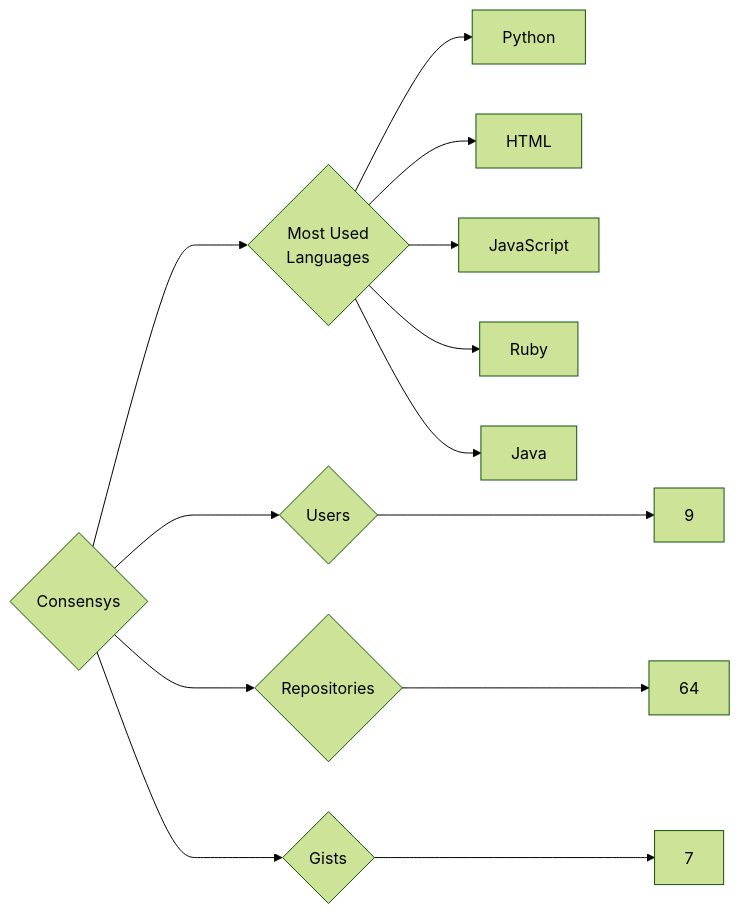
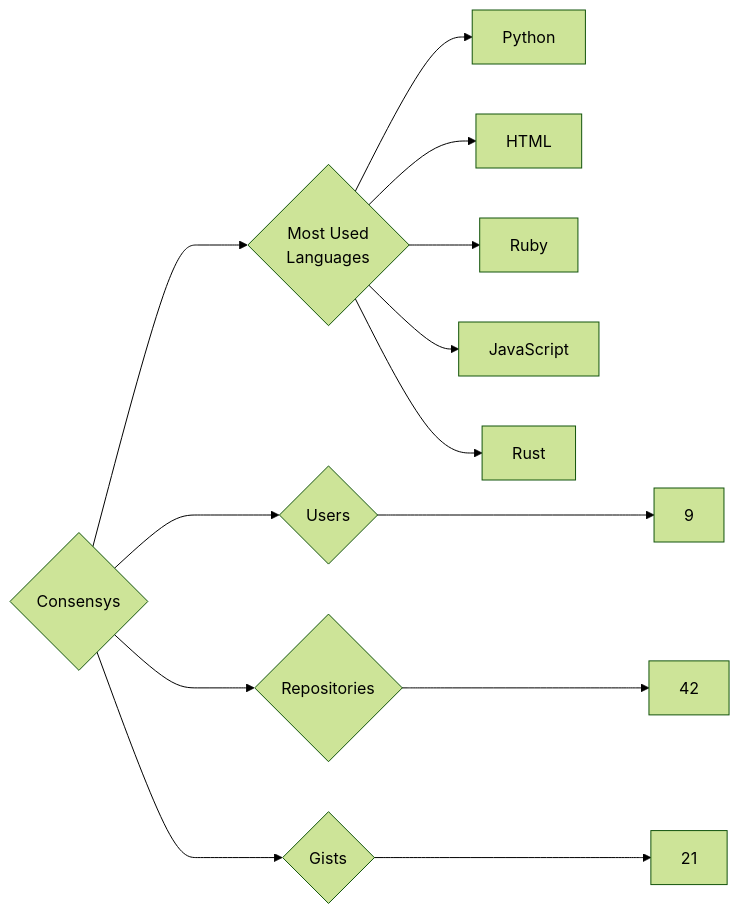
The diagram in targets/Consensys/README.md (trickest/insiders), drawn with Mermaid (forest theme) before and after one commit. The commit also changed 1120 other files, not shown here.

````diff
--- a/targets/Consensys/README.md
+++ b/targets/Consensys/README.md
@@ -3,13 +3,13 @@
 ```mermaid
 graph LR
 COMPANY_NAME{Consensys}
 COMPANY_NAME ---> U{Users} ---> UN[9]
-COMPANY_NAME ---> R{Repositories} ---> RN[64]
-COMPANY_NAME ---> G{Gists} ---> GN[7]
+COMPANY_NAME ---> R{Repositories} ---> RN[42]
+COMPANY_NAME ---> G{Gists} ---> GN[21]
 COMPANY_NAME ---> ML{Most Used<br>Languages}
 ML --> Python[Python]
 ML --> HTML[HTML]
+ML --> Ruby[Ruby]
 ML --> JavaScript[JavaScript]
-ML --> Ruby[Ruby]
-ML --> Java[Java]
+ML --> Rust[Rust]
 ```
````
